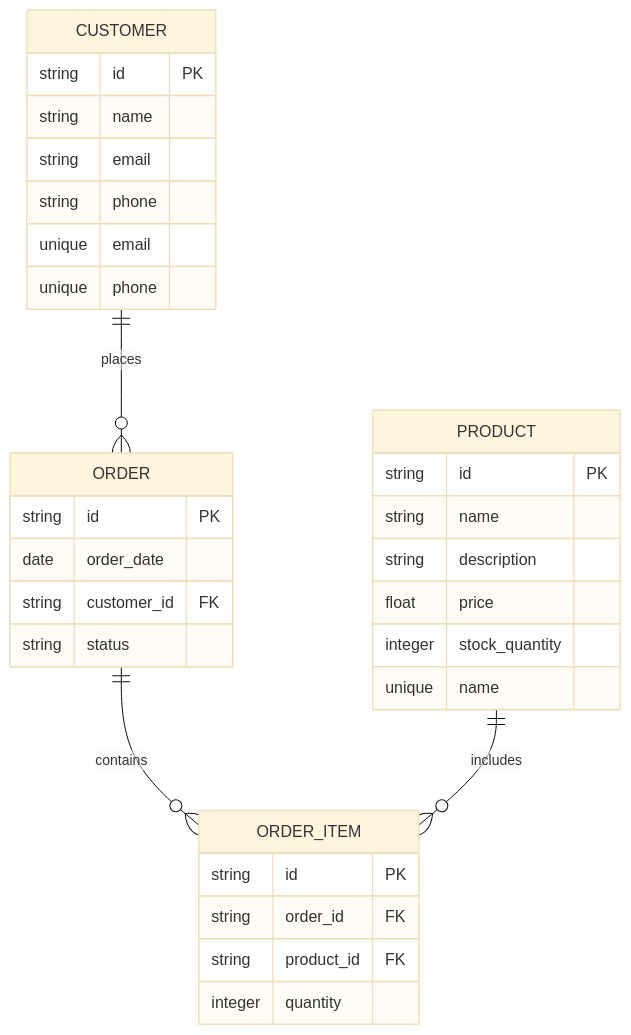
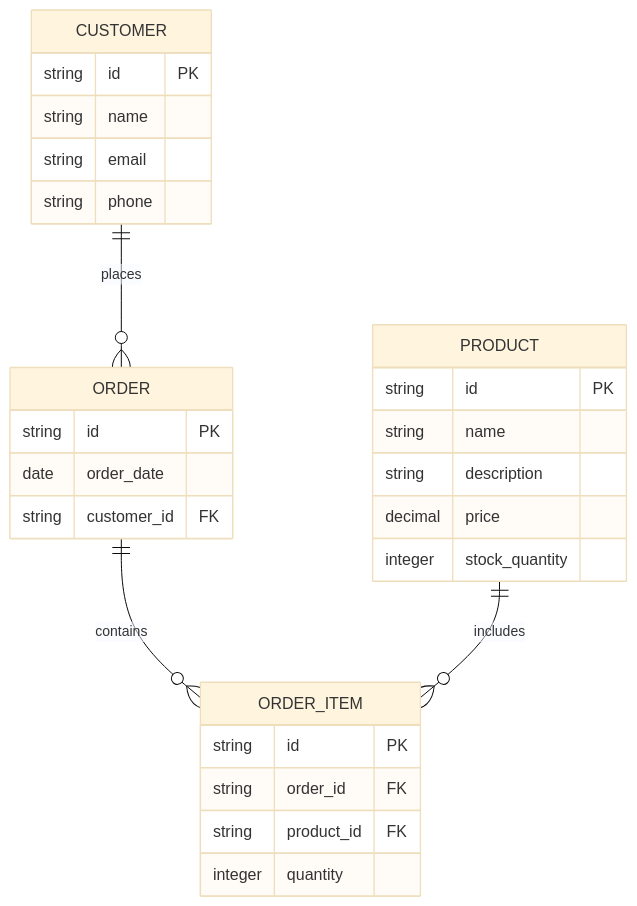
The diagram in artifacts/8933ddfa-1988-4cf0-8187-7e2606243111.md (Dev41-artifacts/ice-cream-factory_96c4c402-3fa0-40b6-820f-2ed5a1b46368), drawn with Mermaid (base theme) before and after one commit.

Commit message:
Update artifact for ER Diagram

````diff
--- a/artifacts/8933ddfa-1988-4cf0-8187-7e2606243111.md
+++ b/artifacts/8933ddfa-1988-4cf0-8187-7e2606243111.md
@@ -3,40 +3,34 @@
 ```mermaid
 erDiagram
     CUSTOMER {
         string id PK
         string name
         string email
         string phone
     }
+    
     PRODUCT {
         string id PK
         string name
         string description
-        float price
+        decimal price
         integer stock_quantity
     }
+    
     ORDER {
         string id PK
         date order_date
         string customer_id FK
-        string status
     }
+    
     ORDER_ITEM {
         string id PK
         string order_id FK
         string product_id FK
         integer quantity
     }
-    
+
     CUSTOMER ||--o{ ORDER : places
     ORDER ||--o{ ORDER_ITEM : contains
     PRODUCT ||--o{ ORDER_ITEM : includes
-
-    CUSTOMER {
-        unique email
-        unique phone
-    }
-    PRODUCT {
-        unique name
-    }
 ```
````
